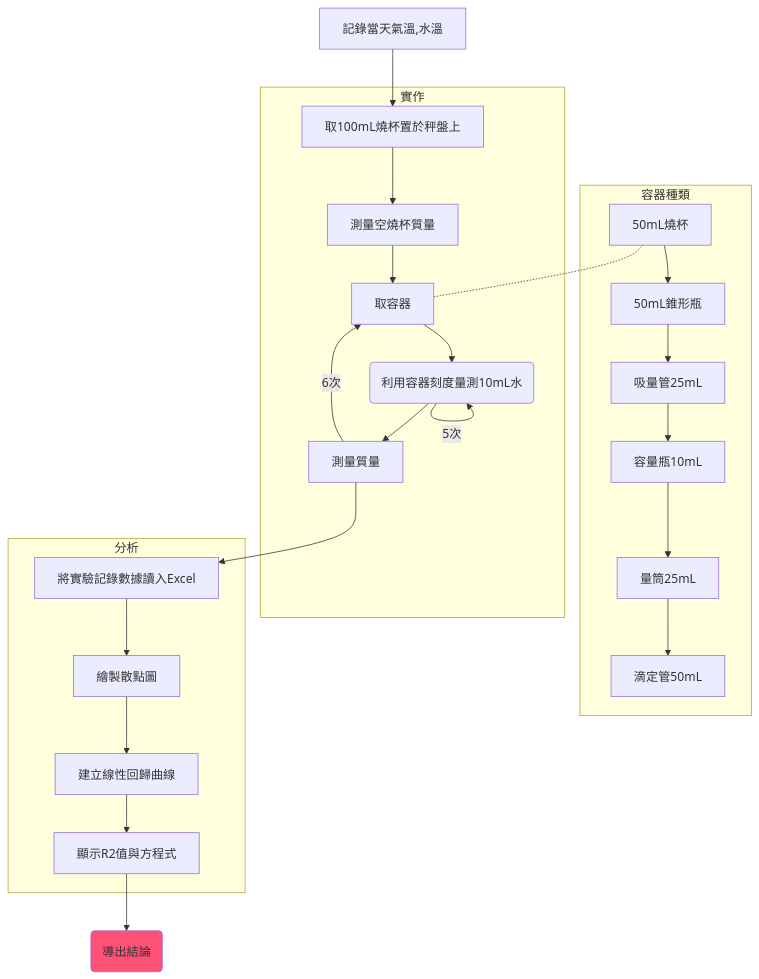
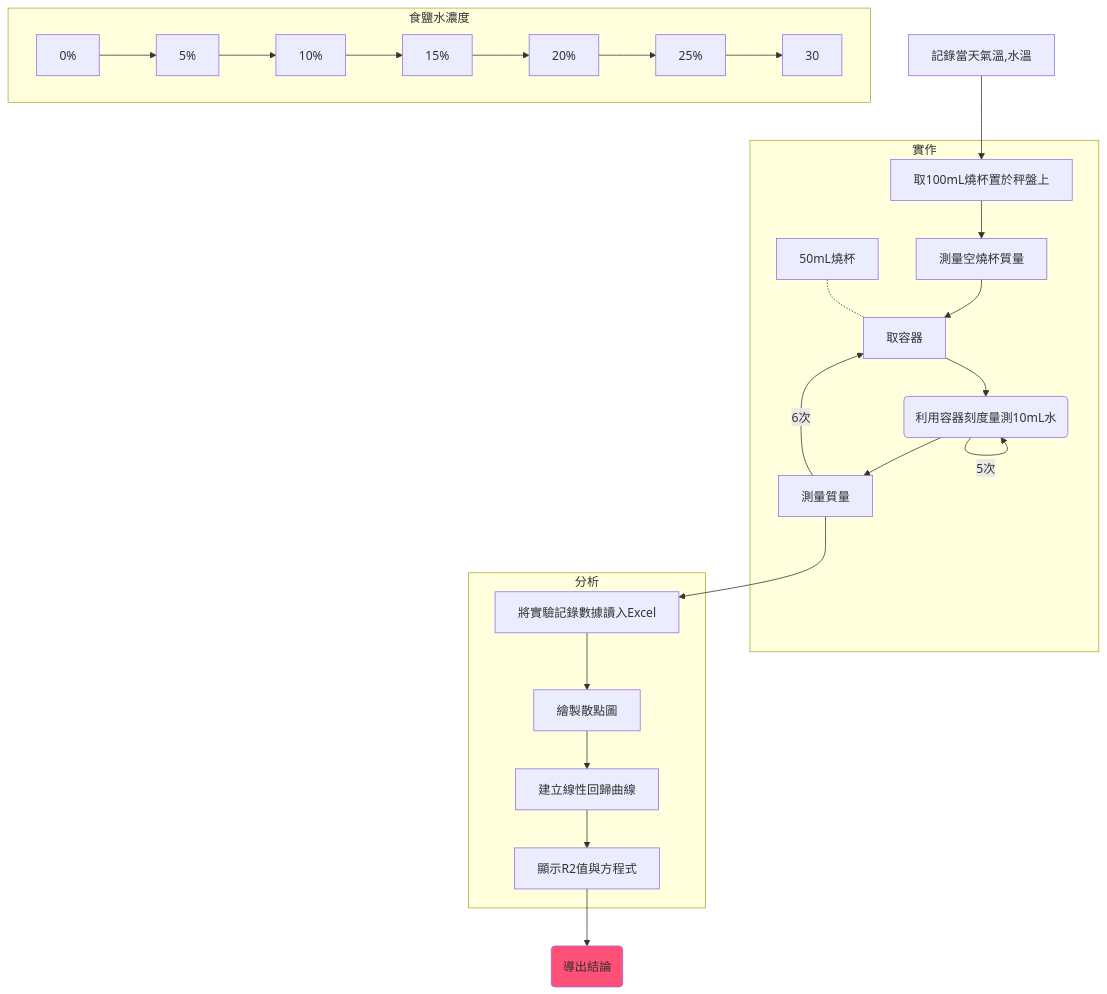
Before and after one commit to Ethane1755/Obsidian: the diagram in Zettelkasten/自然探究.md, drawn with Mermaid. The commit also changed 2 other files, not shown here.

Commit message:
Obsidian Backup 2021-09-22 12:49

````diff
--- a/Zettelkasten/自然探究.md
+++ b/Zettelkasten/自然探究.md
@@ -25,20 +25,20 @@
  ```mermaid
 graph TD
 記錄當天氣溫,水溫-->取100mL燒杯置於秤盤上
-subgraph 容器種類
-50mL燒杯-->50mL錐形瓶-->吸量管25mL-->容量瓶10mL-->量筒25mL-->滴定管50mL
+subgraph 食鹽水濃度
+0%-->5%-->10%-->15%-->20%-->25%-->30
 end
 subgraph 實作
 取100mL燒杯置於秤盤上-->測量空燒杯質量-->取容器
 取容器-->id1(利用容器刻度量測10mL水)-->測量質量
 id1-->|5次|id1
 50mL燒杯-.-取容器
 測量質量-->|6次|取容器
 end
 測量質量-->將實驗記錄數據讀入Excel
 subgraph 分析
 將實驗記錄數據讀入Excel-->繪製散點圖-->建立線性回歸曲線-->顯示R2值與方程式
 end
 顯示R2值與方程式-->id2(導出結論)
 style id2 fill:#FF5177
  ```
````
